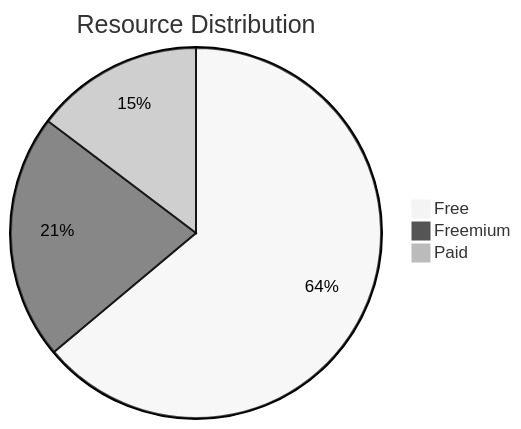
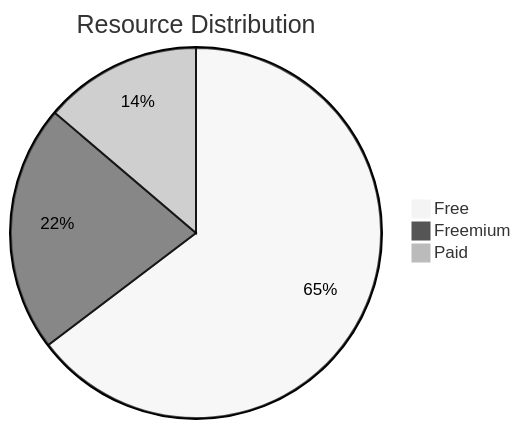
One commit to sametcn99/computer-science-resources changed the diagram in resources/index.md. Above: the diagram before and after it, drawn with Mermaid (neutral theme). The commit also changed other lines of this file and 10 other files, not shown here.

````diff
--- a/resources/index.md
+++ b/resources/index.md
@@ -10,7 +10,7 @@
 ```mermaid
 pie
     title Resource Distribution
-    "Free" : 200
-    "Freemium" : 67
+    "Free" : 216
+    "Freemium" : 72
     "Paid" : 46
 ```
````
